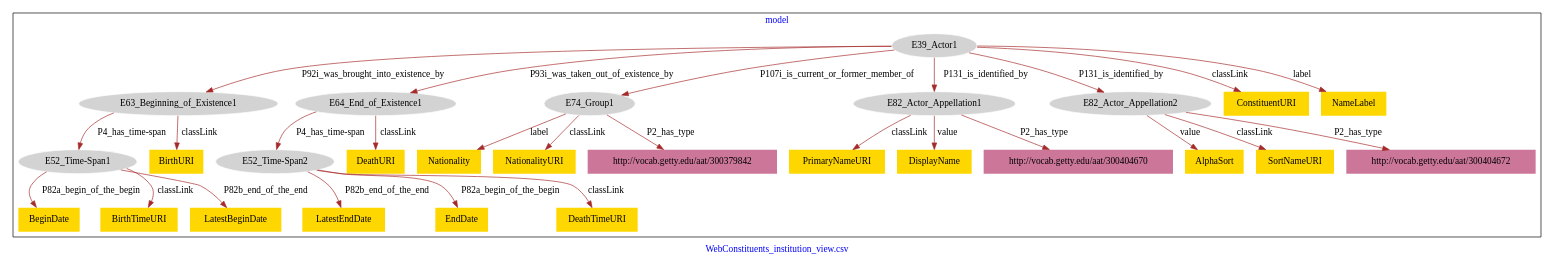
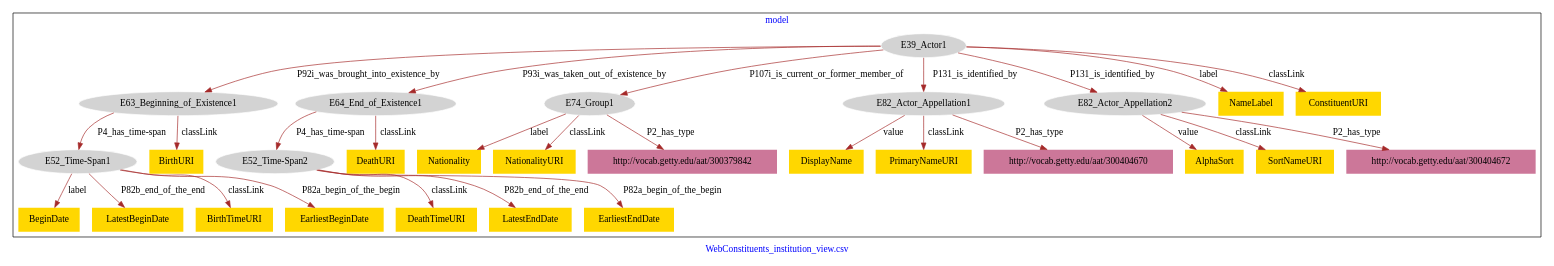
One commit to american-art/SAAM changed the diagram in WebConstituents_institution_view/WebConstituents_institution_view-model.dot. Above: the diagram before and after it, drawn with Graphviz.

Commit message:
Update file WebConstituents_institution_view-model.dot

```diff
--- a/WebConstituents_institution_view/WebConstituents_institution_view-model.dot
+++ b/WebConstituents_institution_view/WebConstituents_institution_view-model.dot
@@ -1,61 +1,63 @@
 digraph n0 {
 fontcolor="blue"
 remincross="true"
 label="WebConstituents_institution_view.csv"
 subgraph cluster {
 label="model"
 n2[style="filled",color="white",fillcolor="lightgray",label="E39_Actor1"];
 n3[style="filled",color="white",fillcolor="lightgray",label="E63_Beginning_of_Existence1"];
 n4[style="filled",color="white",fillcolor="lightgray",label="E64_End_of_Existence1"];
 n5[style="filled",color="white",fillcolor="lightgray",label="E74_Group1"];
 n6[style="filled",color="white",fillcolor="lightgray",label="E82_Actor_Appellation1"];
 n7[style="filled",color="white",fillcolor="lightgray",label="E82_Actor_Appellation2"];
 n8[style="filled",color="white",fillcolor="lightgray",label="E52_Time-Span1"];
 n9[style="filled",color="white",fillcolor="lightgray",label="E52_Time-Span2"];
-n10[shape="plaintext",style="filled",fillcolor="gold",label="BirthURI"];
-n11[shape="plaintext",style="filled",fillcolor="gold",label="Nationality"];
-n12[shape="plaintext",style="filled",fillcolor="gold",label="LatestEndDate"];
-n13[shape="plaintext",style="filled",fillcolor="gold",label="PrimaryNameURI"];
-n14[shape="plaintext",style="filled",fillcolor="gold",label="NationalityURI"];
-n15[shape="plaintext",style="filled",fillcolor="gold",label="ConstituentURI"];
-n16[shape="plaintext",style="filled",fillcolor="gold",label="DisplayName"];
-n17[shape="plaintext",style="filled",fillcolor="gold",label="BeginDate"];
-n18[shape="plaintext",style="filled",fillcolor="gold",label="EndDate"];
-n19[shape="plaintext",style="filled",fillcolor="gold",label="NameLabel"];
-n20[shape="plaintext",style="filled",fillcolor="gold",label="BirthTimeURI"];
-n21[shape="plaintext",style="filled",fillcolor="gold",label="AlphaSort"];
-n22[shape="plaintext",style="filled",fillcolor="gold",label="LatestBeginDate"];
-n23[shape="plaintext",style="filled",fillcolor="gold",label="DeathTimeURI"];
-n24[shape="plaintext",style="filled",fillcolor="gold",label="DeathURI"];
-n25[shape="plaintext",style="filled",fillcolor="gold",label="SortNameURI"];
-n26[shape="plaintext",style="filled",fillcolor="#CC7799",label="http://vocab.getty.edu/aat/300379842"];
+n10[shape="plaintext",style="filled",fillcolor="gold",label="Nationality"];
+n11[shape="plaintext",style="filled",fillcolor="gold",label="DeathURI"];
+n12[shape="plaintext",style="filled",fillcolor="gold",label="BeginDate"];
+n13[shape="plaintext",style="filled",fillcolor="gold",label="LatestBeginDate"];
+n14[shape="plaintext",style="filled",fillcolor="gold",label="DisplayName"];
+n15[shape="plaintext",style="filled",fillcolor="gold",label="AlphaSort"];
+n16[shape="plaintext",style="filled",fillcolor="gold",label="NameLabel"];
+n17[shape="plaintext",style="filled",fillcolor="gold",label="SortNameURI"];
+n18[shape="plaintext",style="filled",fillcolor="gold",label="DeathTimeURI"];
+n19[shape="plaintext",style="filled",fillcolor="gold",label="NationalityURI"];
+n20[shape="plaintext",style="filled",fillcolor="gold",label="LatestEndDate"];
+n21[shape="plaintext",style="filled",fillcolor="gold",label="ConstituentURI"];
+n22[shape="plaintext",style="filled",fillcolor="gold",label="BirthTimeURI"];
+n23[shape="plaintext",style="filled",fillcolor="gold",label="EarliestEndDate"];
+n24[shape="plaintext",style="filled",fillcolor="gold",label="PrimaryNameURI"];
+n25[shape="plaintext",style="filled",fillcolor="gold",label="EarliestBeginDate"];
+n26[shape="plaintext",style="filled",fillcolor="gold",label="BirthURI"];
 n27[shape="plaintext",style="filled",fillcolor="#CC7799",label="http://vocab.getty.edu/aat/300404670"];
 n28[shape="plaintext",style="filled",fillcolor="#CC7799",label="http://vocab.getty.edu/aat/300404672"];
+n29[shape="plaintext",style="filled",fillcolor="#CC7799",label="http://vocab.getty.edu/aat/300379842"];
 }
 n2 -> n3[color="brown",fontcolor="black",label="P92i_was_brought_into_existence_by"]
 n2 -> n4[color="brown",fontcolor="black",label="P93i_was_taken_out_of_existence_by"]
 n2 -> n5[color="brown",fontcolor="black",label="P107i_is_current_or_former_member_of"]
 n2 -> n6[color="brown",fontcolor="black",label="P131_is_identified_by"]
 n2 -> n7[color="brown",fontcolor="black",label="P131_is_identified_by"]
 n3 -> n8[color="brown",fontcolor="black",label="P4_has_time-span"]
 n4 -> n9[color="brown",fontcolor="black",label="P4_has_time-span"]
-n3 -> n10[color="brown",fontcolor="black",label="classLink"]
-n5 -> n11[color="brown",fontcolor="black",label="label"]
-n9 -> n12[color="brown",fontcolor="black",label="P82b_end_of_the_end"]
-n6 -> n13[color="brown",fontcolor="black",label="classLink"]
-n5 -> n14[color="brown",fontcolor="black",label="classLink"]
-n2 -> n15[color="brown",fontcolor="black",label="classLink"]
-n6 -> n16[color="brown",fontcolor="black",label="value"]
-n8 -> n17[color="brown",fontcolor="black",label="P82a_begin_of_the_begin"]
-n9 -> n18[color="brown",fontcolor="black",label="P82a_begin_of_the_begin"]
-n2 -> n19[color="brown",fontcolor="black",label="label"]
-n8 -> n20[color="brown",fontcolor="black",label="classLink"]
-n7 -> n21[color="brown",fontcolor="black",label="value"]
-n8 -> n22[color="brown",fontcolor="black",label="P82b_end_of_the_end"]
-n9 -> n23[color="brown",fontcolor="black",label="classLink"]
-n4 -> n24[color="brown",fontcolor="black",label="classLink"]
-n7 -> n25[color="brown",fontcolor="black",label="classLink"]
-n5 -> n26[color="brown",fontcolor="black",label="P2_has_type"]
+n5 -> n10[color="brown",fontcolor="black",label="label"]
+n4 -> n11[color="brown",fontcolor="black",label="classLink"]
+n8 -> n12[color="brown",fontcolor="black",label="label"]
+n8 -> n13[color="brown",fontcolor="black",label="P82b_end_of_the_end"]
+n6 -> n14[color="brown",fontcolor="black",label="value"]
+n7 -> n15[color="brown",fontcolor="black",label="value"]
+n2 -> n16[color="brown",fontcolor="black",label="label"]
+n7 -> n17[color="brown",fontcolor="black",label="classLink"]
+n9 -> n18[color="brown",fontcolor="black",label="classLink"]
+n5 -> n19[color="brown",fontcolor="black",label="classLink"]
+n9 -> n20[color="brown",fontcolor="black",label="P82b_end_of_the_end"]
+n2 -> n21[color="brown",fontcolor="black",label="classLink"]
+n8 -> n22[color="brown",fontcolor="black",label="classLink"]
+n9 -> n23[color="brown",fontcolor="black",label="P82a_begin_of_the_begin"]
+n6 -> n24[color="brown",fontcolor="black",label="classLink"]
+n8 -> n25[color="brown",fontcolor="black",label="P82a_begin_of_the_begin"]
+n3 -> n26[color="brown",fontcolor="black",label="classLink"]
 n6 -> n27[color="brown",fontcolor="black",label="P2_has_type"]
 n7 -> n28[color="brown",fontcolor="black",label="P2_has_type"]
+n5 -> n29[color="brown",fontcolor="black",label="P2_has_type"]
 }
```
